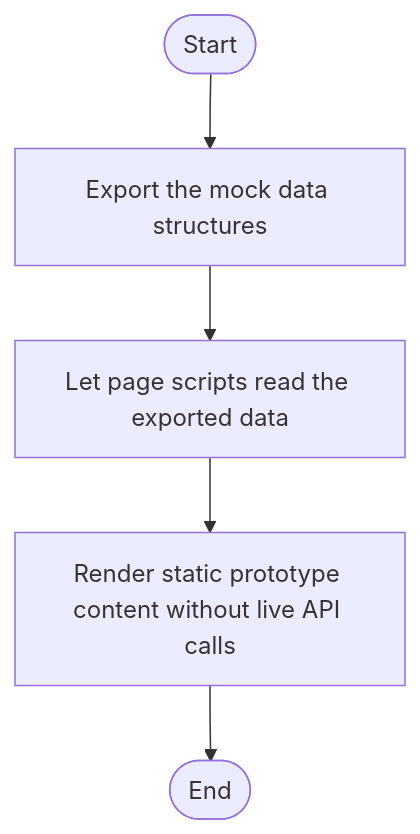
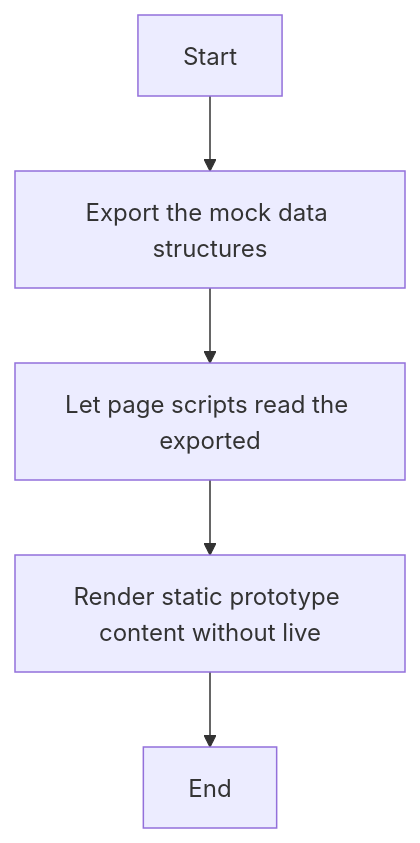
One commit to JohnAndrewBalbarosa/NeoTerritory changed the diagram in docs/Codebase/Frontend/scripts/api.js.md. Above: the diagram before and after it, drawn with Mermaid. The commit also changed other lines of this file and 752 other files, not shown here.

````diff
--- a/docs/Codebase/Frontend/scripts/api.js.md
+++ b/docs/Codebase/Frontend/scripts/api.js.md
@@ -29,12 +22,12 @@
 ```mermaid
 flowchart TD
-    Start([Start])
-    N0[Export the mock data structures]
-    N1[Let page scripts read the exported data]
-    N2[Render static prototype content without live API calls]
-    End([End])
+    Start["Start"]
+    N0["Export the mock data structures"]
+    N1["Let page scripts read the exported"]
+    N2["Render static prototype content without live"]
+    End["End"]
     Start --> N0
     N0 --> N1
     N1 --> N2
     N2 --> End
 ```
````
